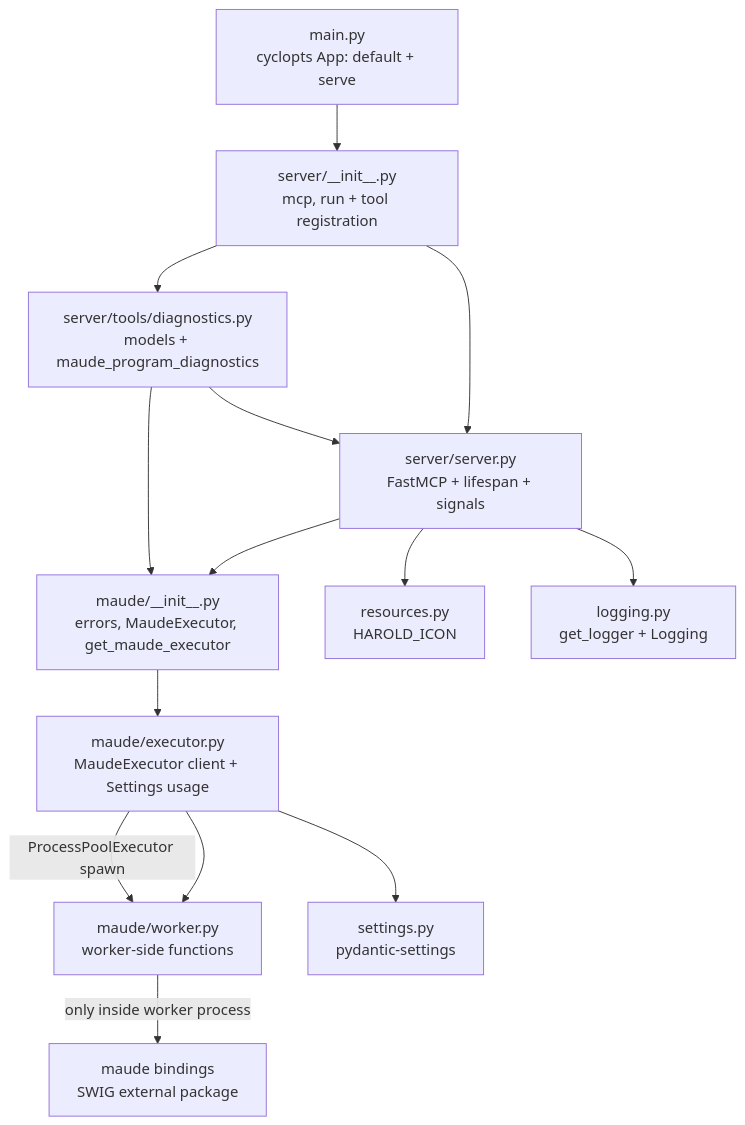
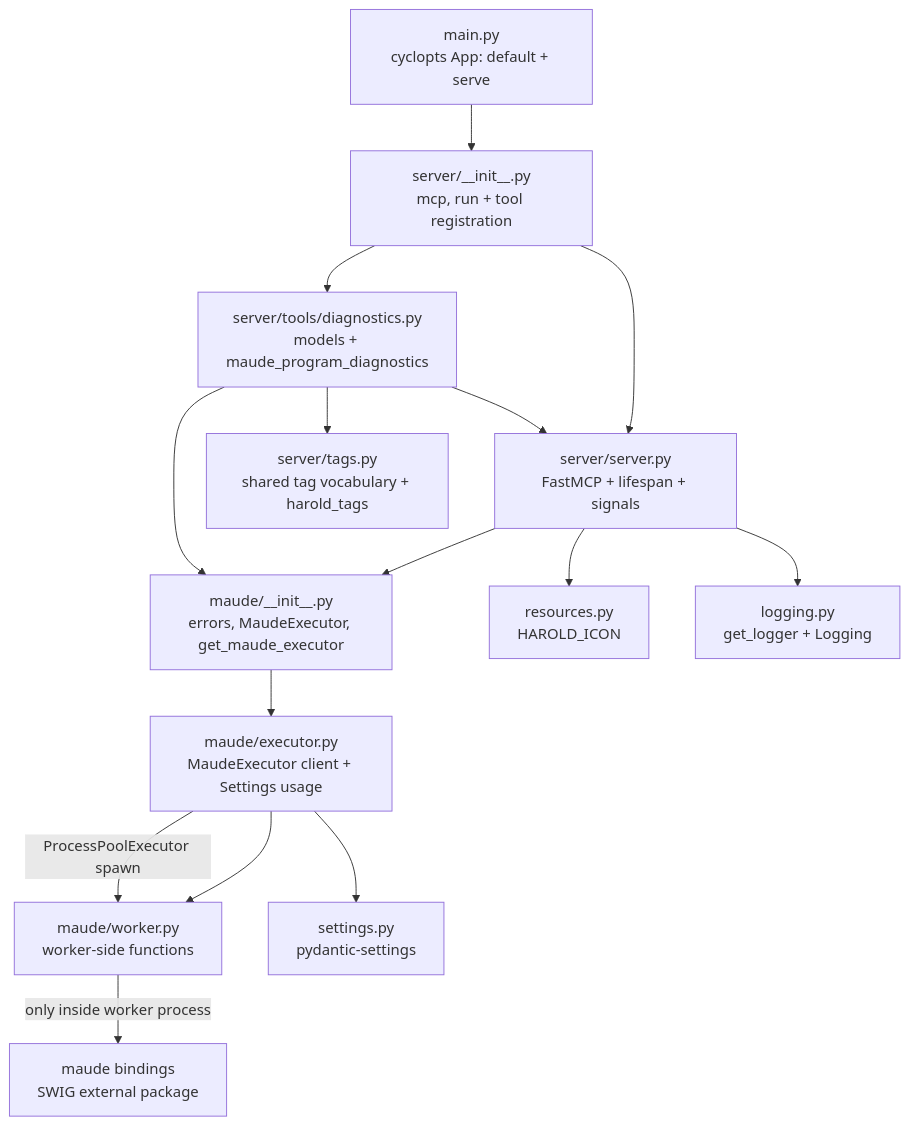
One commit to demiourgoi/Harold changed the first of 2 diagrams in harold-mcp/.agents/summary/architecture.md. Above: the diagram before and after it, drawn with Mermaid. The commit also changed other lines of this file and 7 other files, not shown here.

````diff
--- a/harold-mcp/.agents/summary/architecture.md
+++ b/harold-mcp/.agents/summary/architecture.md
@@ -24,16 +24,17 @@
 ```mermaid
 graph TB
     main[main.py<br>cyclopts App: default + serve] --> serverpkg[server/__init__.py<br>mcp, run + tool registration]
     serverpkg --> serversrv[server/server.py<br>FastMCP + lifespan + signals]
     serverpkg --> tools[server/tools/diagnostics.py<br>models + maude_program_diagnostics]
     serversrv --> maudepkg[maude/__init__.py<br>errors, MaudeExecutor, get_maude_executor]
     tools --> serversrv
     tools --> maudepkg
+    tools --> tags[server/tags.py<br>shared tag vocabulary + harold_tags]
     maudepkg --> executor[maude/executor.py<br>MaudeExecutor client + Settings usage]
     executor --> worker[maude/worker.py<br>worker-side functions]
     executor --> settings[settings.py<br>pydantic-settings]
     worker -->|only inside worker process| maudebindings[maude bindings<br>SWIG external package]
     executor -->|ProcessPoolExecutor spawn| worker
     serversrv --> resources[resources.py<br>HAROLD_ICON]
     serversrv --> logging[logging.py<br>get_logger + Logging]
 ```
````
